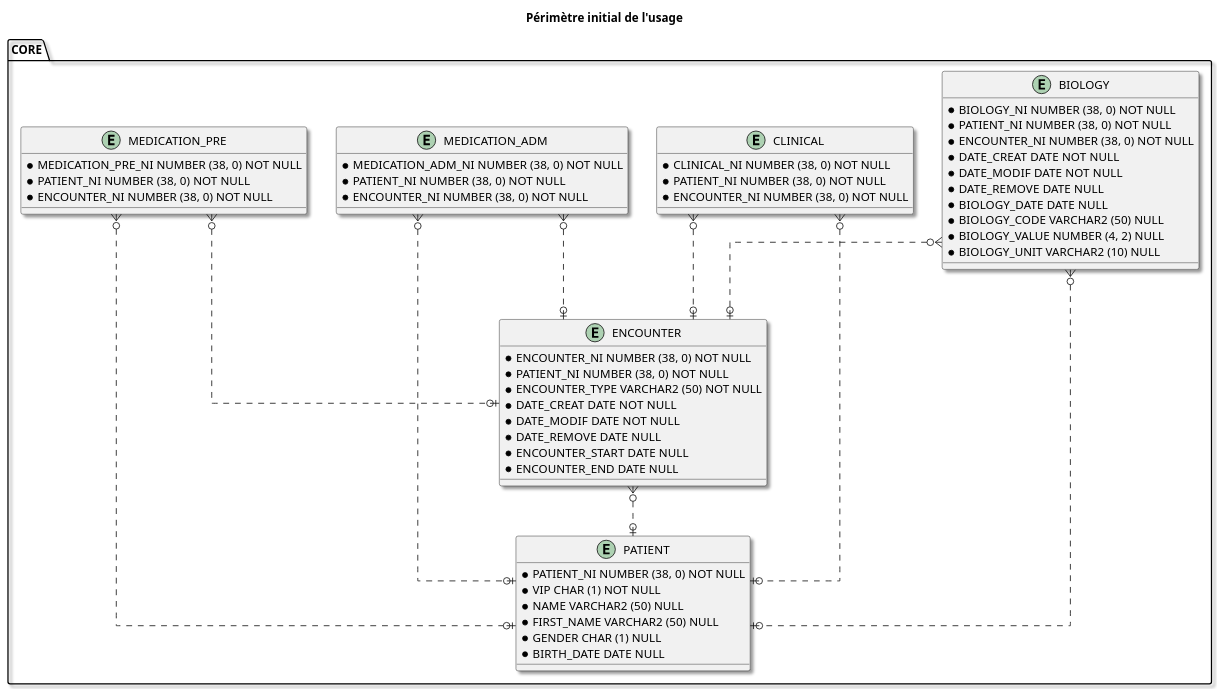
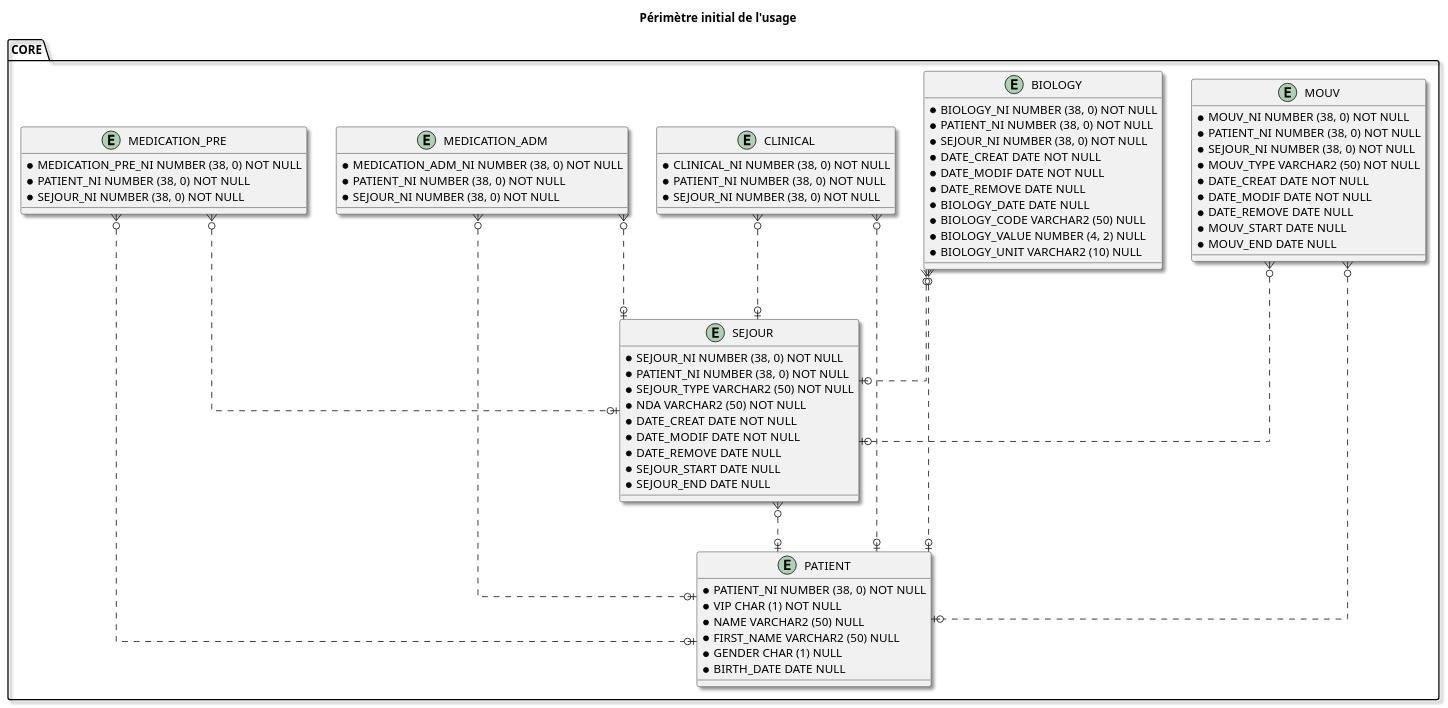
One commit to aphp/IG-fhir-dm changed the diagram in input/images-source/core-mpd.plantuml. Above: the diagram before and after it, drawn with PlantUML. The commit also changed 134 other files, not shown here.

```diff
--- a/input/images-source/core-mpd.plantuml
+++ b/input/images-source/core-mpd.plantuml
@@ -1,78 +1,94 @@
 @startuml
 
 skinparam Shadowing 1.0
 ' avoid problems with angled crows feet
 skinparam linetype ortho
 
 title
 Périmètre initial de l'usage
 end title
 
 entity CORE.PATIENT {
   * {field} PATIENT_NI NUMBER (38, 0) NOT NULL
   * {field} VIP CHAR (1) NOT NULL
   * {field} NAME VARCHAR2 (50) NULL
   * {field} FIRST_NAME VARCHAR2 (50) NULL
   * {field} GENDER CHAR (1) NULL
   * {field} BIRTH_DATE DATE NULL
 }
 
-entity CORE.ENCOUNTER {
-  * {field} ENCOUNTER_NI NUMBER (38, 0) NOT NULL
+entity CORE.SEJOUR {
+  * {field} SEJOUR_NI NUMBER (38, 0) NOT NULL
   * {field} PATIENT_NI NUMBER (38, 0) NOT NULL
-  * {field} ENCOUNTER_TYPE VARCHAR2 (50) NOT NULL
+  * {field} SEJOUR_TYPE VARCHAR2 (50) NOT NULL
+  * {field} NDA VARCHAR2 (50) NOT NULL
   * {field} DATE_CREAT DATE NOT NULL
   * {field} DATE_MODIF DATE NOT NULL
   * {field} DATE_REMOVE DATE NULL
-  * {field} ENCOUNTER_START DATE NULL
-  * {field} ENCOUNTER_END DATE NULL
+  * {field} SEJOUR_START DATE NULL
+  * {field} SEJOUR_END DATE NULL
+}
+
+entity CORE.MOUV {
+  * {field} MOUV_NI NUMBER (38, 0) NOT NULL
+  * {field} PATIENT_NI NUMBER (38, 0) NOT NULL
+  * {field} SEJOUR_NI NUMBER (38, 0) NOT NULL
+  * {field} MOUV_TYPE VARCHAR2 (50) NOT NULL
+  * {field} DATE_CREAT DATE NOT NULL
+  * {field} DATE_MODIF DATE NOT NULL
+  * {field} DATE_REMOVE DATE NULL
+  * {field} MOUV_START DATE NULL
+  * {field} MOUV_END DATE NULL
 }
 
 entity CORE.BIOLOGY {
   * {field} BIOLOGY_NI NUMBER (38, 0) NOT NULL
   * {field} PATIENT_NI NUMBER (38, 0) NOT NULL
-  * {field} ENCOUNTER_NI NUMBER (38, 0) NOT NULL
+  * {field} SEJOUR_NI NUMBER (38, 0) NOT NULL
   * {field} DATE_CREAT DATE NOT NULL
   * {field} DATE_MODIF DATE NOT NULL
   * {field} DATE_REMOVE DATE NULL
   * {field} BIOLOGY_DATE DATE NULL
   * {field} BIOLOGY_CODE VARCHAR2 (50) NULL
   * {field} BIOLOGY_VALUE NUMBER (4, 2) NULL
   * {field} BIOLOGY_UNIT VARCHAR2 (10) NULL
 }
 
 entity CORE.CLINICAL {
   * {field} CLINICAL_NI NUMBER (38, 0) NOT NULL
   * {field} PATIENT_NI NUMBER (38, 0) NOT NULL
-  * {field} ENCOUNTER_NI NUMBER (38, 0) NOT NULL
+  * {field} SEJOUR_NI NUMBER (38, 0) NOT NULL
 }
 
 entity CORE.MEDICATION_ADM {
   * {field} MEDICATION_ADM_NI NUMBER (38, 0) NOT NULL
   * {field} PATIENT_NI NUMBER (38, 0) NOT NULL
-  * {field} ENCOUNTER_NI NUMBER (38, 0) NOT NULL
+  * {field} SEJOUR_NI NUMBER (38, 0) NOT NULL
 }
 
 entity CORE.MEDICATION_PRE {
   * {field} MEDICATION_PRE_NI NUMBER (38, 0) NOT NULL
   * {field} PATIENT_NI NUMBER (38, 0) NOT NULL
-  * {field} ENCOUNTER_NI NUMBER (38, 0) NOT NULL
+  * {field} SEJOUR_NI NUMBER (38, 0) NOT NULL
 }
 
 
 
-CORE.ENCOUNTER }o..o| CORE.PATIENT
+CORE.SEJOUR }o..o| CORE.PATIENT
+
+CORE.MOUV }o..o| CORE.PATIENT
+CORE.MOUV }o..o| CORE.SEJOUR
 
 CORE.BIOLOGY }o..o| CORE.PATIENT
-CORE.BIOLOGY }o..o| CORE.ENCOUNTER
+CORE.BIOLOGY }o..o| CORE.SEJOUR
 
 CORE.CLINICAL }o..o| CORE.PATIENT
-CORE.CLINICAL }o..o| CORE.ENCOUNTER
+CORE.CLINICAL }o..o| CORE.SEJOUR
 
 CORE.MEDICATION_ADM }o..o| CORE.PATIENT
-CORE.MEDICATION_ADM }o..o| CORE.ENCOUNTER
+CORE.MEDICATION_ADM }o..o| CORE.SEJOUR
 
 CORE.MEDICATION_PRE }o..o| CORE.PATIENT
-CORE.MEDICATION_PRE }o..o| CORE.ENCOUNTER
+CORE.MEDICATION_PRE }o..o| CORE.SEJOUR
 
 @enduml
```
